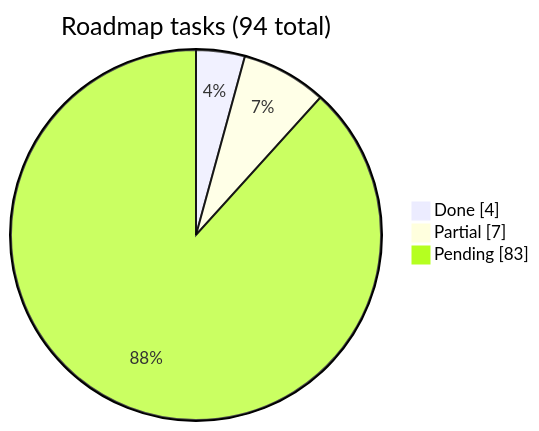
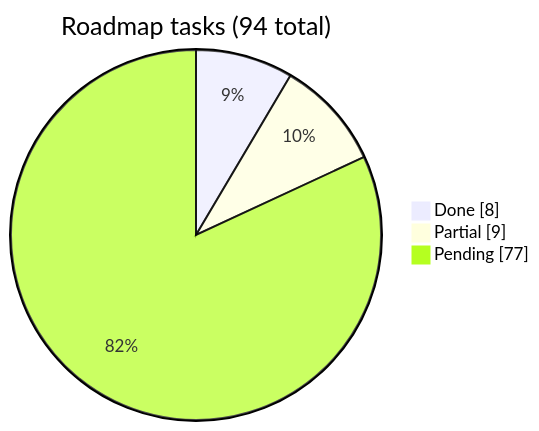
Before and after one commit to adelgadox/fastapi-nextjs-boilerplate: the diagram in docs/roadmap/README.md, drawn with Mermaid. The commit also changed other lines of this file and 19 other files, not shown here.

First line of the commit message:
feat(auth): refresh tokens with rotation + reuse detection (roadmap 01.1–01.3)

````diff
--- a/docs/roadmap/README.md
+++ b/docs/roadmap/README.md
@@ -13,7 +13,7 @@
 ```mermaid
 pie showData
   title Roadmap tasks (94 total)
-  "Done" : 4
-  "Partial" : 7
-  "Pending" : 83
+  "Done" : 8
+  "Partial" : 9
+  "Pending" : 77
 ```
````
